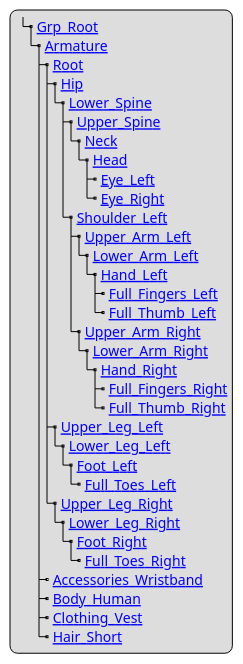
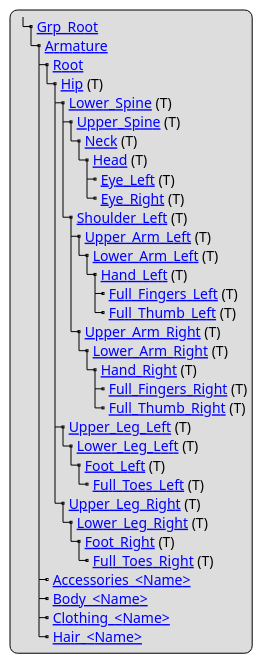
The diagram in content/geometry/object-human/human-structure.adoc (asam-ev/OpenMATERIAL), drawn with PlantUML before and after one commit. The commit also changed other lines of this file and 5 other files, not shown here.

```diff
--- a/content/geometry/object-human/human-structure.adoc
+++ b/content/geometry/object-human/human-structure.adoc
@@ -5,38 +5,38 @@
 [plantuml]
 ----
 legend
 |_ [[../geometry/object-human/human-index.html#_grp_root Grp_Root]]
   |_ [[../geometry/object-human/human-index.html#_armature Armature]]
     |_ [[../geometry/object-human/human-index.html#_root Root]]
-      |_ [[../geometry/object-human/human-index.html#_hip Hip]]
-        |_ [[../geometry/object-human/human-index.html#_lower_spine Lower_Spine]]
-          |_ [[../geometry/object-human/human-index.html#_upper_spine Upper_Spine]]
-            |_ [[../geometry/object-human/human-index.html#_neck Neck]]
-              |_ [[../geometry/object-human/human-index.html#_head Head]]
-                |_ [[../geometry/object-human/human-index.html#_eye_left Eye_Left]]
-                |_ [[../geometry/object-human/human-index.html#_eye_right Eye_Right]]
-          |_ [[../geometry/object-human/human-index.html#_shoulder_left Shoulder_Left]]
-            |_ [[../geometry/object-human/human-index.html#_upper_arm_left Upper_Arm_Left]]
-              |_ [[../geometry/object-human/human-index.html#_lower_arm_left Lower_Arm_Left]]
-                |_ [[../geometry/object-human/human-index.html#_hand_left Hand_Left]]
-                  |_ [[../geometry/object-human/human-index.html#_full_lingers_left Full_Fingers_Left]]
-                  |_ [[../geometry/object-human/human-index.html#_full_thumb_left Full_Thumb_Left]]
-            |_ [[../geometry/object-human/human-index.html#_upper_arm_right Upper_Arm_Right]]
-              |_ [[../geometry/object-human/human-index.html#_lower_arm_right Lower_Arm_Right]]
-                |_ [[../geometry/object-human/human-index.html#_hand_right Hand_Right]]
-                  |_ [[../geometry/object-human/human-index.html#_full_fingers_right Full_Fingers_Right]]
-                  |_ [[../geometry/object-human/human-index.html#_full_thumb_right Full_Thumb_Right]]
-      |_ [[../geometry/object-human/human-index.html#_upper_leg_left Upper_Leg_Left]]
-        |_ [[../geometry/object-human/human-index.html#_lower_leg_left Lower_Leg_Left]]
-          |_ [[../geometry/object-human/human-index.html#_foot_left Foot_Left]]
-            |_ [[../geometry/object-human/human-index.html#_full_toes_left Full_Toes_Left]]
-      |_ [[../geometry/object-human/human-index.html#_upper_leg_right Upper_Leg_Right]]
-        |_ [[../geometry/object-human/human-index.html#_lower_leg_right Lower_Leg_Right]]
-          |_ [[../geometry/object-human/human-index.html#_foot_right Foot_Right]]
-            |_ [[../geometry/object-human/human-index.html#_full_toes_right Full_Toes_Right]]
-    |_ [[../geometry/object-human/human-index.html#_accessories Accessories_Wristband]]
-    |_ [[../geometry/object-human/human-index.html#_body Body_Human]]
-    |_ [[../geometry/object-human/human-index.html#_clothing Clothing_Vest]]
-    |_ [[../geometry/object-human/human-index.html#_hair Hair_Short]]
+      |_ [[../geometry/object-human/human-index.html#_hip Hip]] (T)
+        |_ [[../geometry/object-human/human-index.html#_lower_spine Lower_Spine]] (T)
+          |_ [[../geometry/object-human/human-index.html#_upper_spine Upper_Spine]] (T)
+            |_ [[../geometry/object-human/human-index.html#_neck Neck]] (T)
+              |_ [[../geometry/object-human/human-index.html#_head Head]] (T)
+                |_ [[../geometry/object-human/human-index.html#_eye_left Eye_Left]] (T)
+                |_ [[../geometry/object-human/human-index.html#_eye_right Eye_Right]] (T)
+          |_ [[../geometry/object-human/human-index.html#_shoulder_left Shoulder_Left]] (T)
+            |_ [[../geometry/object-human/human-index.html#_upper_arm_left Upper_Arm_Left]] (T)
+              |_ [[../geometry/object-human/human-index.html#_lower_arm_left Lower_Arm_Left]] (T)
+                |_ [[../geometry/object-human/human-index.html#_hand_left Hand_Left]] (T)
+                  |_ [[../geometry/object-human/human-index.html#_full_lingers_left Full_Fingers_Left]] (T)
+                  |_ [[../geometry/object-human/human-index.html#_full_thumb_left Full_Thumb_Left]] (T)
+            |_ [[../geometry/object-human/human-index.html#_upper_arm_right Upper_Arm_Right]] (T)
+              |_ [[../geometry/object-human/human-index.html#_lower_arm_right Lower_Arm_Right]] (T)
+                |_ [[../geometry/object-human/human-index.html#_hand_right Hand_Right]] (T)
+                  |_ [[../geometry/object-human/human-index.html#_full_fingers_right Full_Fingers_Right]] (T)
+                  |_ [[../geometry/object-human/human-index.html#_full_thumb_right Full_Thumb_Right]] (T)
+        |_ [[../geometry/object-human/human-index.html#_upper_leg_left Upper_Leg_Left]] (T)
+          |_ [[../geometry/object-human/human-index.html#_lower_leg_left Lower_Leg_Left]] (T)
+            |_ [[../geometry/object-human/human-index.html#_foot_left Foot_Left]] (T)
+              |_ [[../geometry/object-human/human-index.html#_full_toes_left Full_Toes_Left]] (T)
+        |_ [[../geometry/object-human/human-index.html#_upper_leg_right Upper_Leg_Right]] (T)
+          |_ [[../geometry/object-human/human-index.html#_lower_leg_right Lower_Leg_Right]] (T)
+            |_ [[../geometry/object-human/human-index.html#_foot_right Foot_Right]] (T)
+              |_ [[../geometry/object-human/human-index.html#_full_toes_right Full_Toes_Right]] (T)
+    |_ [[../geometry/object-human/human-index.html#_accessories Accessories_<Name>]]
+    |_ [[../geometry/object-human/human-index.html#_body Body_<Name>]]
+    |_ [[../geometry/object-human/human-index.html#_clothing Clothing_<Name>]]
+    |_ [[../geometry/object-human/human-index.html#_hair Hair_<Name>]]
 end legend
 ----
```
